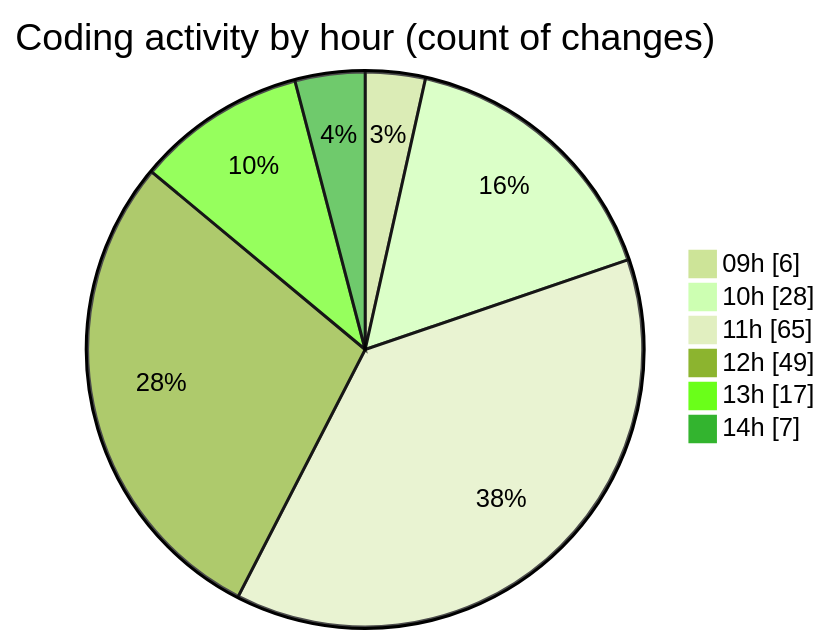
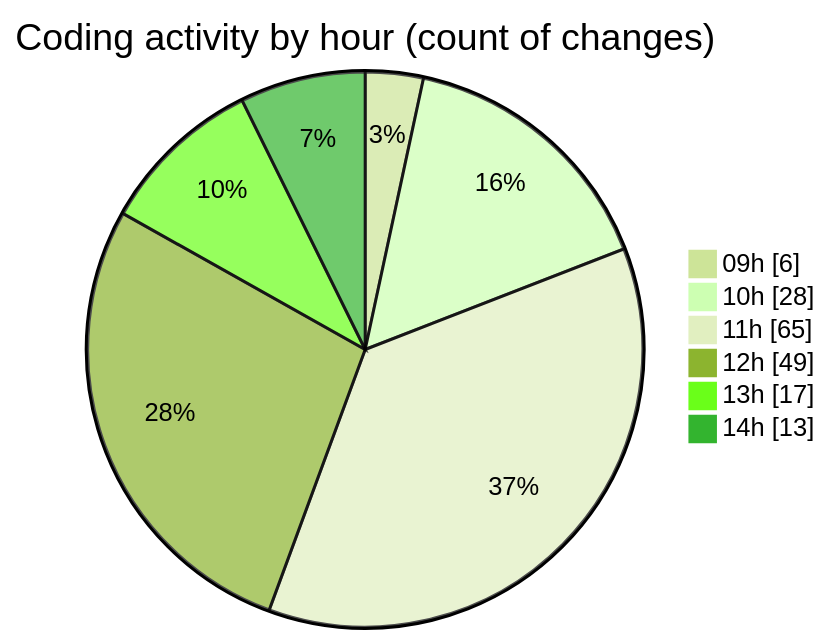
Before and after one commit to momahboobian/code-tracking: the second of 2 diagrams in 2025-03-27/cda/README.md, drawn with Mermaid (forest theme). The commit also changed other lines of this file and 1 other file, not shown here.

````diff
--- a/2025-03-27/cda/README.md
+++ b/2025-03-27/cda/README.md
@@ -30,10 +30,10 @@
 ```mermaid
 pie showData
 title Coding activity by hour (count of changes)
 "09h" : 6
 "10h" : 28
 "11h" : 65
 "12h" : 49
 "13h" : 17
-"14h" : 7
+"14h" : 13
 ```
````
